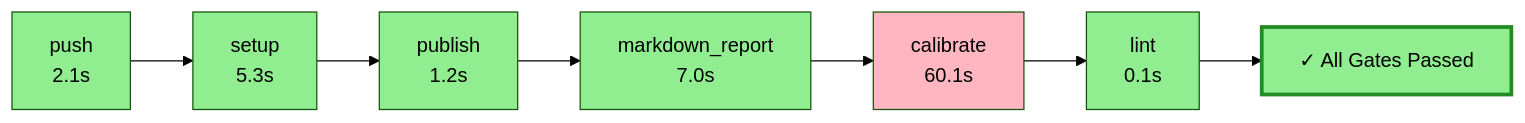
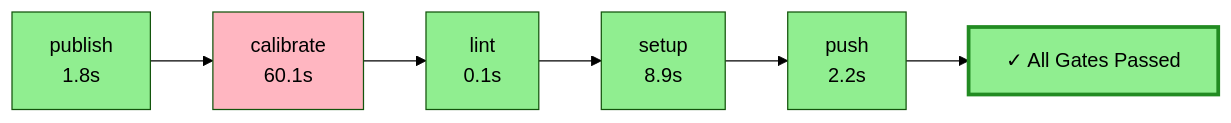
Before and after one commit to wronai/fixos: the diagram in .pyqual/report.md, drawn with Mermaid (forest theme). The commit also changed other lines of this file and 2 other files, not shown here.

````diff
--- a/.pyqual/report.md
+++ b/.pyqual/report.md
@@ -10,23 +10,20 @@
 ```mermaid
 flowchart LR
-    S0["push<br/>2.1s"]
+    S0["publish<br/>1.8s"]
     style S0 fill:#90EE90
-    S1["setup<br/>5.3s"]
-    style S1 fill:#90EE90
+    S1["calibrate<br/>60.1s"]
+    style S1 fill:#FFB6C1
     S0 --> S1
-    S2["publish<br/>1.2s"]
+    S2["lint<br/>0.1s"]
     style S2 fill:#90EE90
     S1 --> S2
-    S3["markdown_report<br/>7.0s"]
+    S3["setup<br/>8.9s"]
     style S3 fill:#90EE90
     S2 --> S3
-    S4["calibrate<br/>60.1s"]
-    style S4 fill:#FFB6C1
+    S4["push<br/>2.2s"]
+    style S4 fill:#90EE90
     S3 --> S4
-    S5["lint<br/>0.1s"]
-    style S5 fill:#90EE90
-    S4 --> S5
     G["✓ All Gates Passed"]
     style G fill:#90EE90,stroke:#228B22,stroke-width:3px
-    S5 --> G
+    S4 --> G
 ```
````
